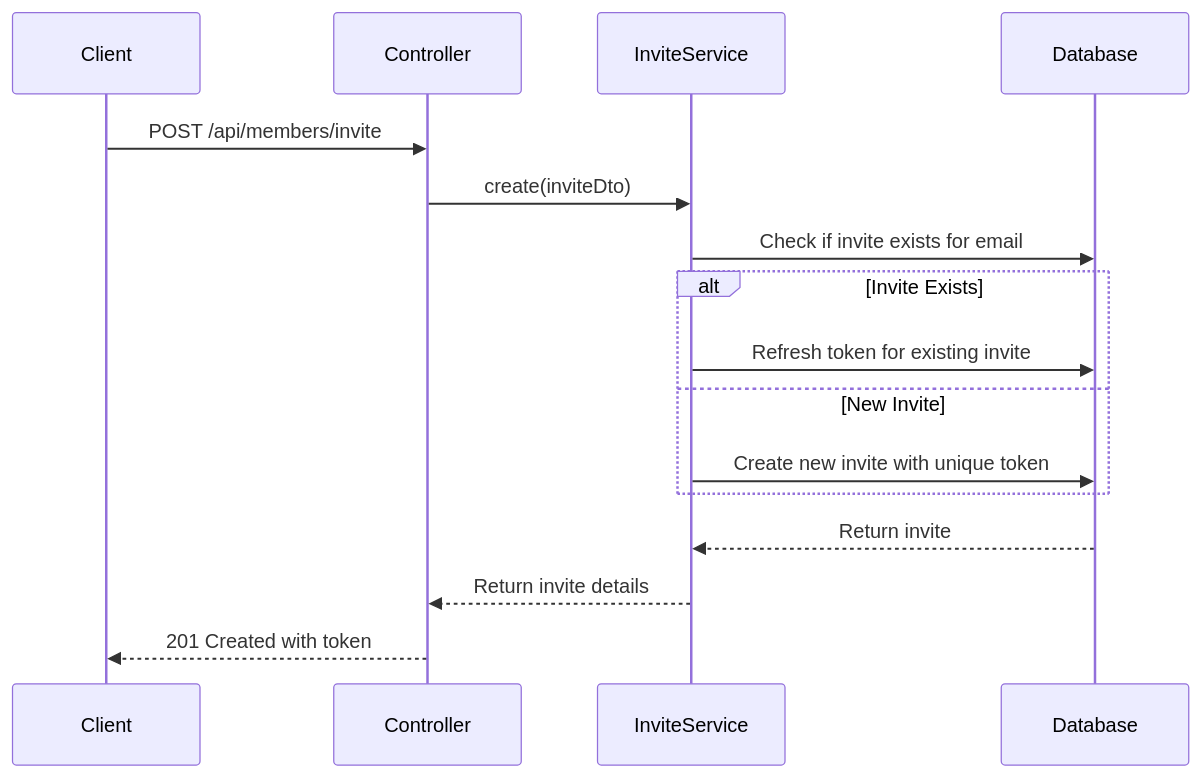
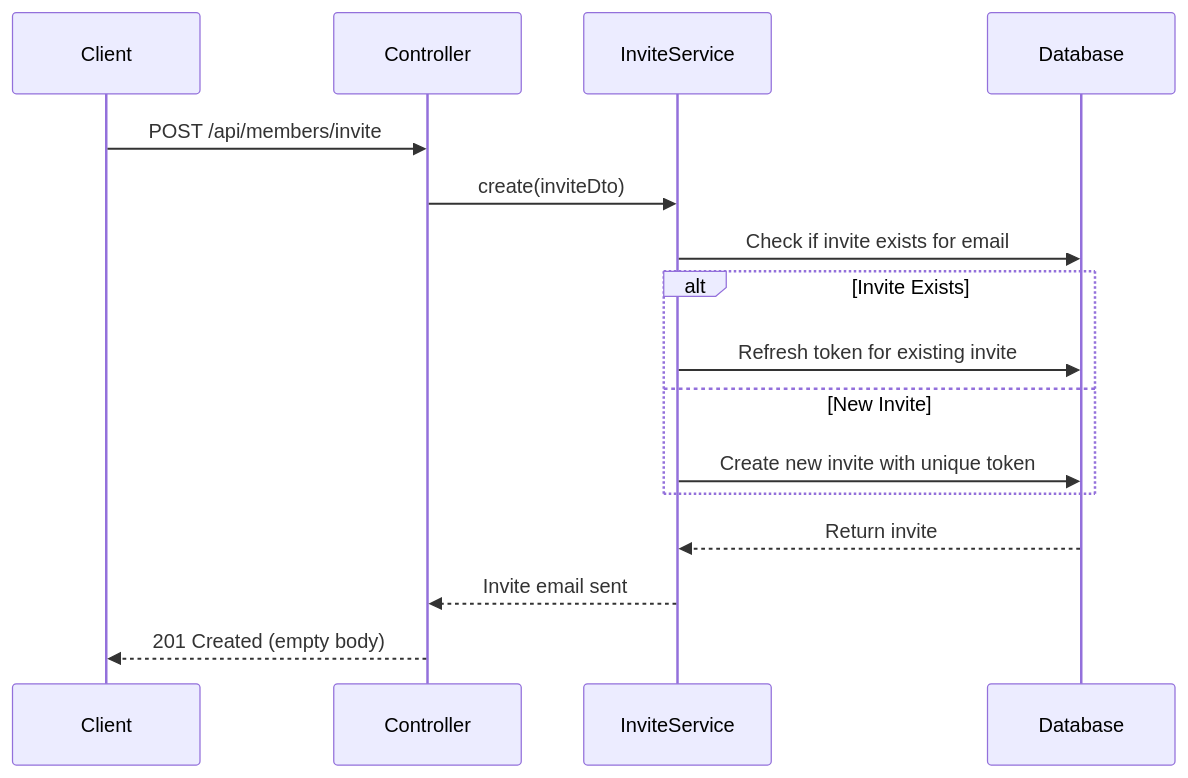
One commit to ivan-shalimov/community changed the first of 3 diagrams in community-web-api/src/modules/members/readme.md. Above: the diagram before and after it, drawn with Mermaid. The commit also changed other lines of this file and 1 other file, not shown here.

````diff
--- a/community-web-api/src/modules/members/readme.md
+++ b/community-web-api/src/modules/members/readme.md
@@ -62,19 +62,19 @@
 ```mermaid
 sequenceDiagram
     participant Client
     participant Controller
     participant InviteService
     participant Database
 
     Client->>Controller: POST /api/members/invite
     Controller->>InviteService: create(inviteDto)
     InviteService->>Database: Check if invite exists for email
     alt Invite Exists
         InviteService->>Database: Refresh token for existing invite
     else New Invite
         InviteService->>Database: Create new invite with unique token
     end
     Database-->>InviteService: Return invite
-    InviteService-->>Controller: Return invite details
-    Controller-->>Client: 201 Created with token
+    InviteService-->>Controller: Invite email sent
+    Controller-->>Client: 201 Created (empty body)
 ```
````
